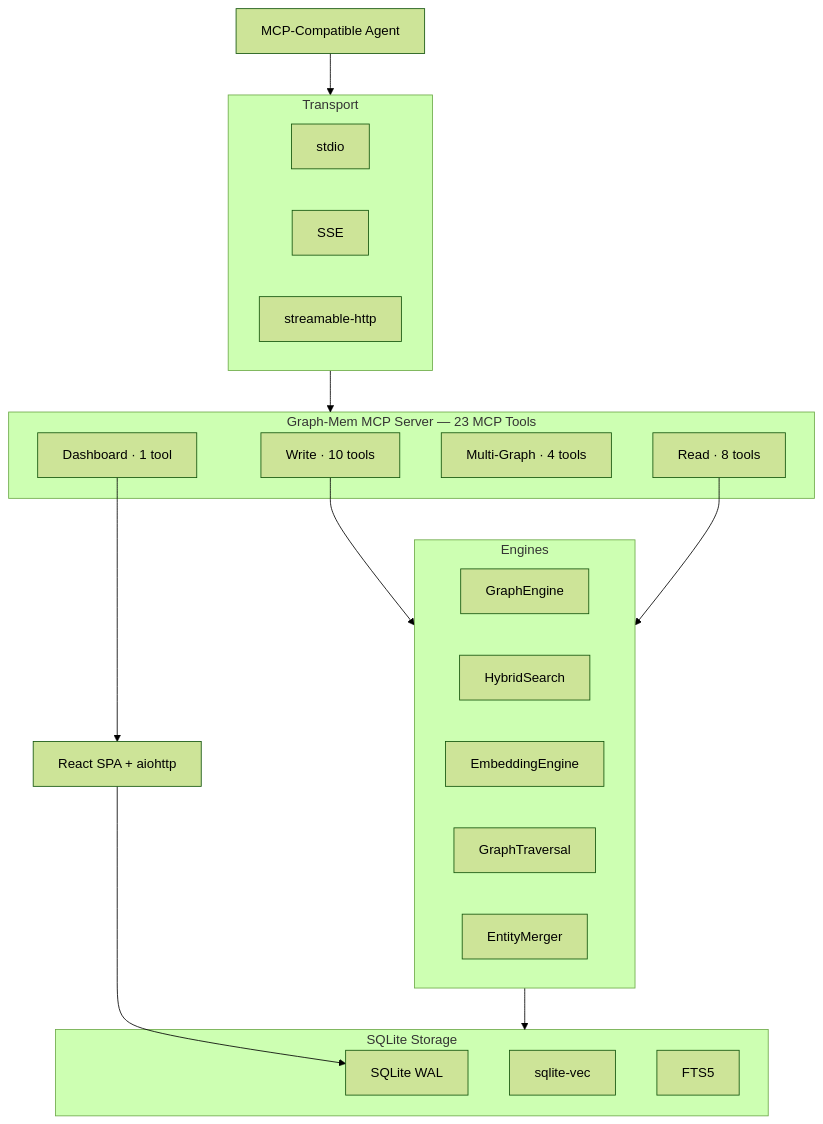
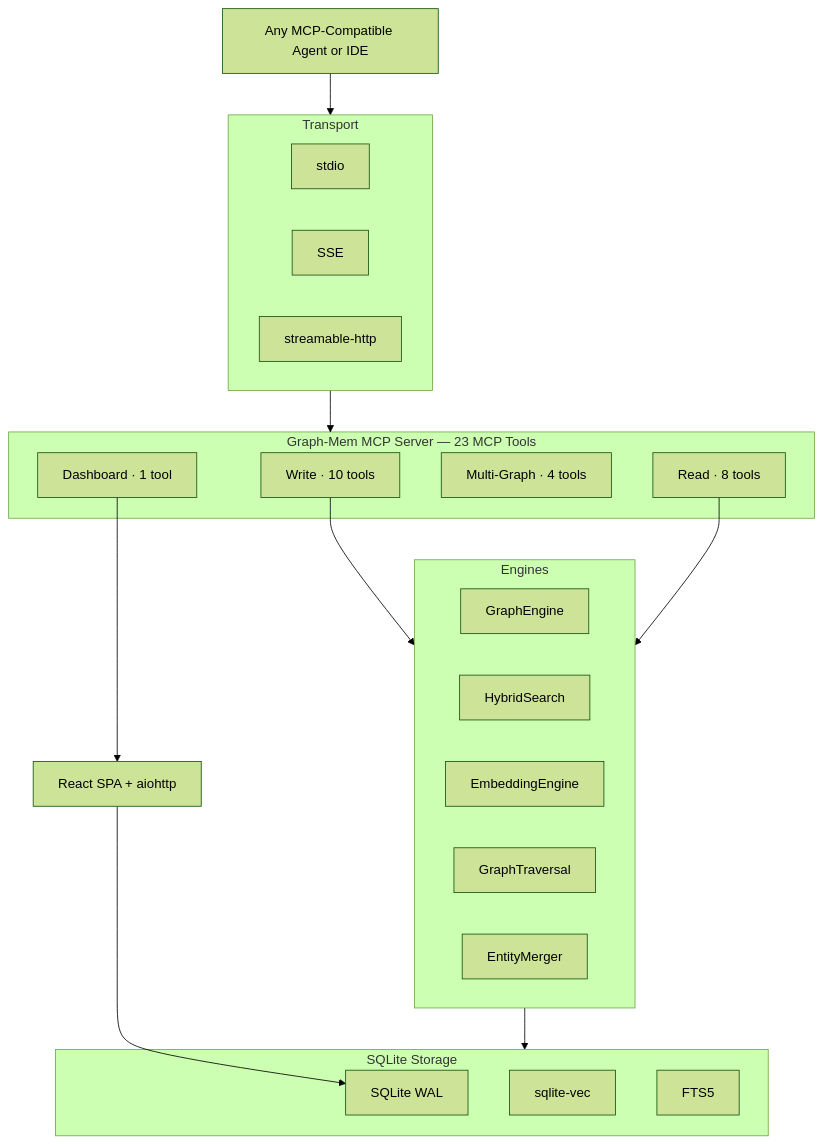
One commit to Sathvik-1007/GraphMem-MCP changed the diagram in README.md. Above: the diagram before and after it, drawn with Mermaid (forest theme). The commit also changed other lines of this file, not shown here.

Commit message:
docs: rewrite README — universal MCP positioning, add use cases, remove defensive framing

````diff
--- a/README.md
+++ b/README.md
@@ -247,41 +261,41 @@
 ```mermaid
 graph TD
-    Agent[MCP-Compatible Agent] --> Transport
+    Agent[Any MCP-Compatible Agent or IDE] --> Transport
 
     subgraph Transport
         STDIO[stdio]
         SSE[SSE]
         HTTP[streamable-http]
     end
 
     Transport --> Tools
 
     subgraph Tools[Graph-Mem MCP Server — 23 MCP Tools]
         Write[Write · 10 tools]
         Read[Read · 8 tools]
         Graph[Multi-Graph · 4 tools]
         UI[Dashboard · 1 tool]
     end
 
     Write --> Engines
     Read --> Engines
 
     subgraph Engines
         GE[GraphEngine]
         SE[HybridSearch]
         EE[EmbeddingEngine]
         GT[GraphTraversal]
         EM[EntityMerger]
     end
 
     Engines --> Storage
 
     subgraph Storage[SQLite Storage]
         DB[SQLite WAL]
         VEC[sqlite-vec]
         FTS[FTS5]
     end
 
     UI --> Dashboard[React SPA + aiohttp]
     Dashboard --> DB
 ```
````
